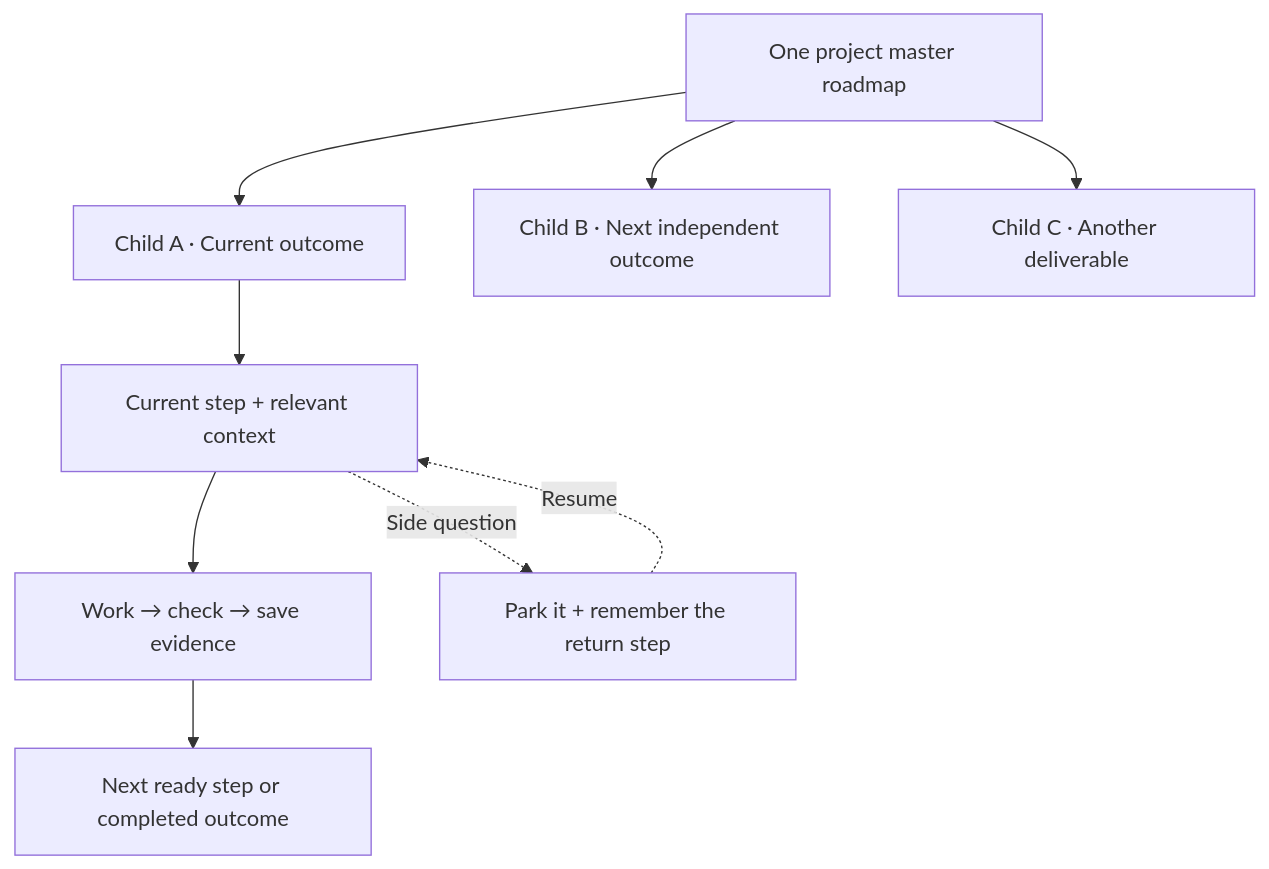
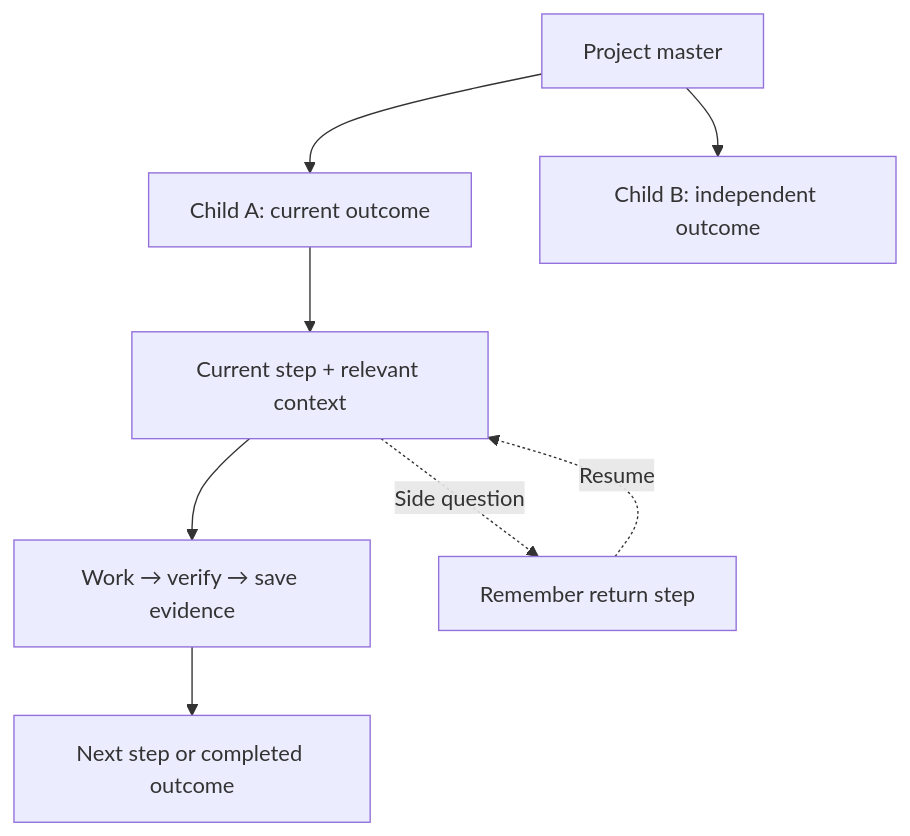
Before and after one commit to CNTX-PROJECT/OPENCNTX: the diagram in README.md, drawn with Mermaid. The commit also changed other lines of this file and 14 other files, not shown here.

````diff
--- a/README.md
+++ b/README.md
@@ -69,11 +49,10 @@
 ```mermaid
 flowchart TD
-    M["One project master roadmap"] --> A["Child A · Current outcome"]
-    M --> B["Child B · Next independent outcome"]
-    M --> C["Child C · Another deliverable"]
-    A --> D["Current step + relevant context"]
-    D --> E["Work → check → save evidence"]
-    E --> F["Next ready step or completed outcome"]
-    D -. "Side question" .-> P["Park it + remember the return step"]
-    P -. "Resume" .-> D
+    M["Project master"] --> A["Child A: current outcome"]
+    M --> B["Child B: independent outcome"]
+    A --> C["Current step + relevant context"]
+    C --> D["Work → verify → save evidence"]
+    D --> E["Next step or completed outcome"]
+    C -. "Side question" .-> P["Remember return step"]
+    P -. "Resume" .-> C
 ```
````
